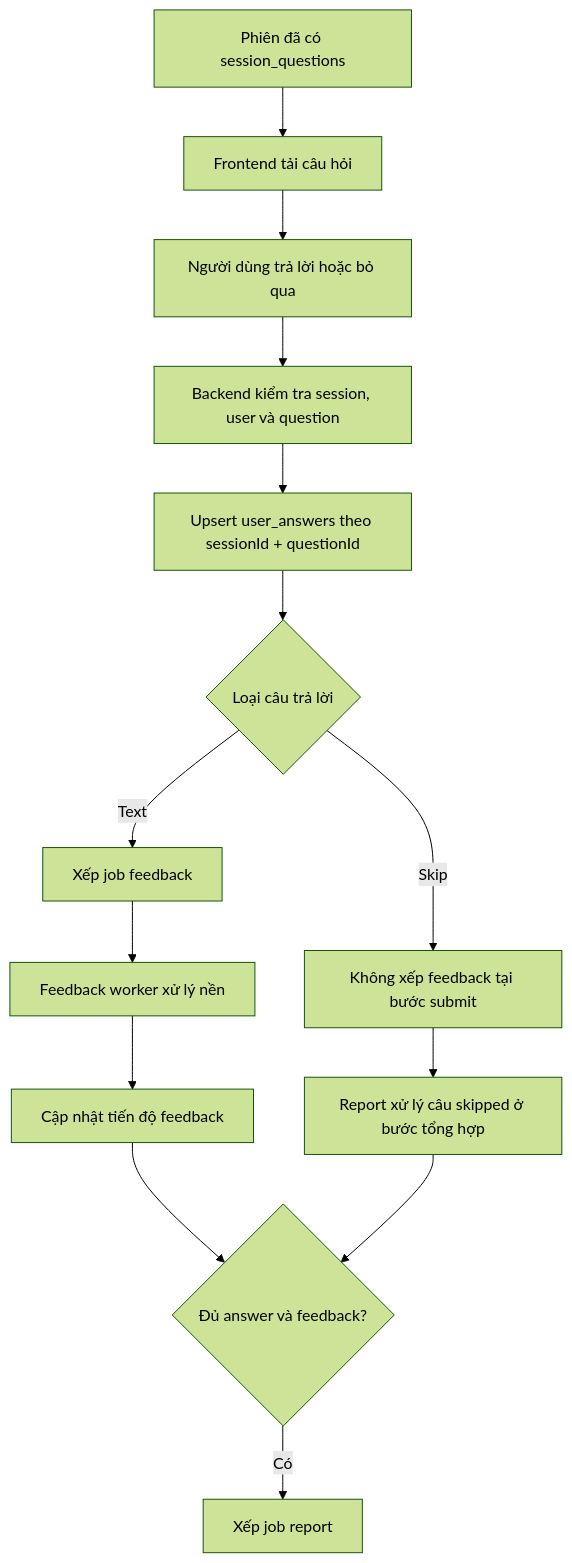
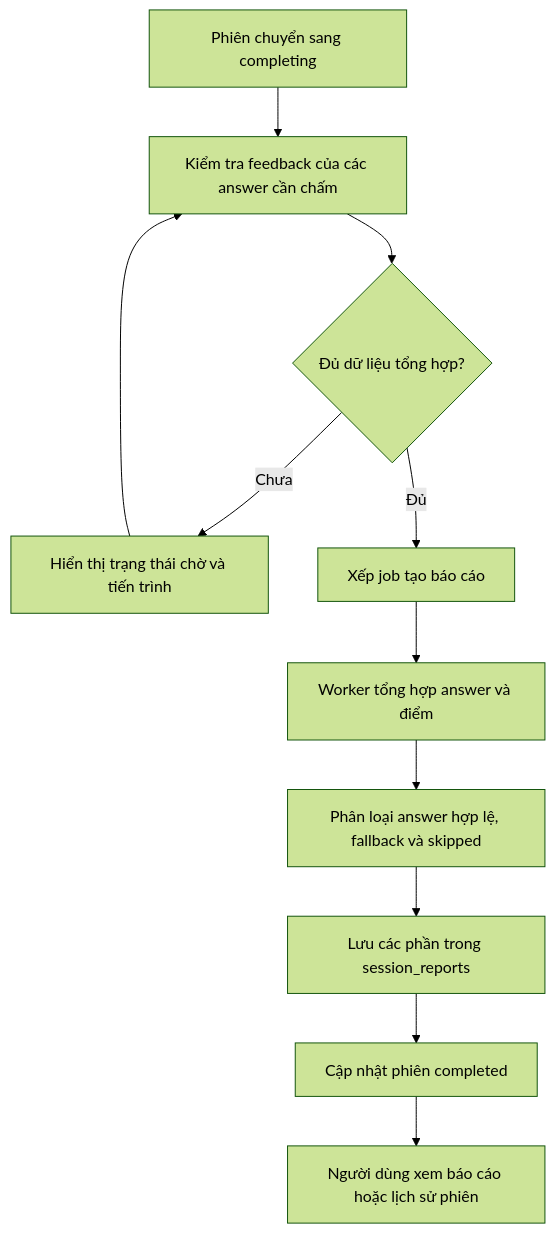
Before and after one commit to lethanhan01/interview-coach: the first of 2 diagrams in docs/final_report/Chuong4-extend.md, drawn with Mermaid (forest theme). The commit also changed other lines of this file and 2 other files, not shown here.

Commit message:
Sửa lại tài liệu tí

````diff
--- a/docs/final_report/Chuong4-extend.md
+++ b/docs/final_report/Chuong4-extend.md
@@ -19,16 +13,13 @@
 ```mermaid
-flowchart TD
-    A[Phiên đã có session_questions] --> B[Frontend tải câu hỏi]
-    B --> C[Người dùng trả lời hoặc bỏ qua]
-    C --> D[Backend kiểm tra session, user và question]
-    D --> E[Upsert user_answers theo sessionId + questionId]
-    E --> F{Loại câu trả lời}
-    F -->|Text| G[Xếp job feedback]
-    F -->|Skip| I[Không xếp feedback tại bước submit]
-    G --> J[Feedback worker xử lý nền]
-    I --> K[Report xử lý câu skipped ở bước tổng hợp]
-    J --> L[Cập nhật tiến độ feedback]
-    L --> M{Đủ answer và feedback?}
-    K --> M
-    M -->|Có| N[Xếp job report]
+    flowchart TD
+        A[Phiên chuyển sang completing] --> B[Kiểm tra feedback của các answer cần chấm]
+        B --> C{Đủ dữ liệu tổng hợp?}
+        C -->|Chưa| D[Hiển thị trạng thái chờ và tiến trình]
+        C -->|Đủ| E[Xếp job tạo báo cáo]
+        E --> F[Worker tổng hợp answer và điểm]
+        F --> G[Phân loại answer hợp lệ, fallback và skipped]
+        G --> H[Lưu các phần trong session_reports]
+        H --> I[Cập nhật phiên completed]
+        I --> J[Người dùng xem báo cáo hoặc lịch sử phiên]
+        D --> B
 ```
````
